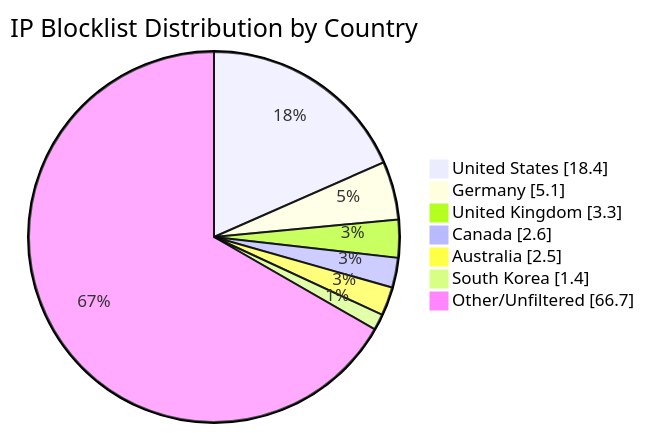
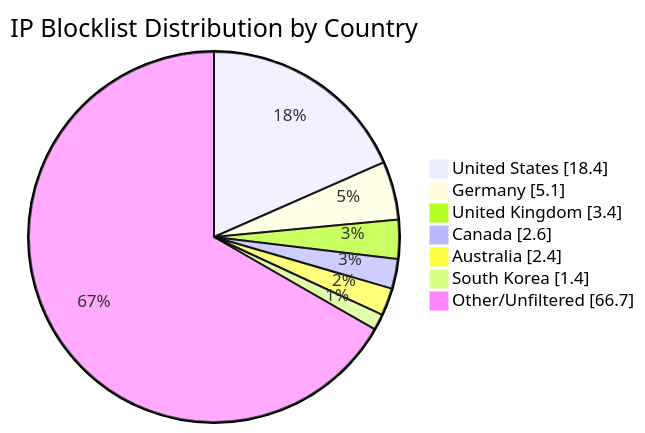
The diagram in README.md (MarcusHoltz/ipblocklist-geofiltered-aggregator), drawn with Mermaid before and after one commit. The commit also changed other lines of this file and 9 other files, not shown here.

````diff
--- a/README.md
+++ b/README.md
@@ -34,10 +34,10 @@
 ```mermaid
 pie showData title IP Blocklist Distribution by Country
 "United States" : 18.4
 "Germany" : 5.1
-"United Kingdom" : 3.3
+"United Kingdom" : 3.4
 "Canada" : 2.6
-"Australia" : 2.5
+"Australia" : 2.4
 "South Korea" : 1.4
 "Other/Unfiltered" : 66.7
 ```
````
